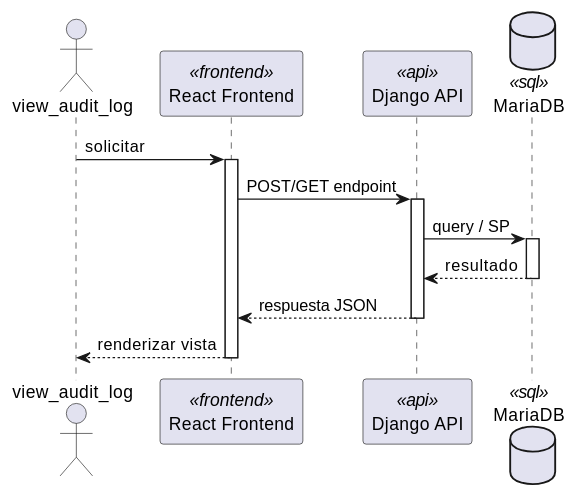
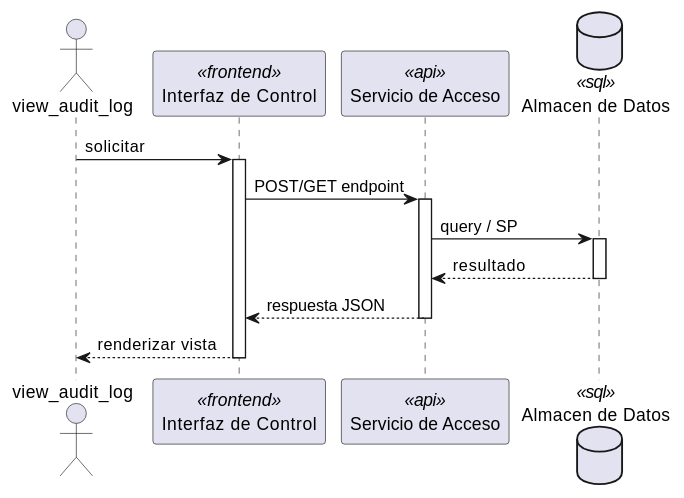
The first of 2 diagrams in source/arquitectura-tecnica/DesignView/acc-09.rst (jcg-admin/IACT-docs), drawn with PlantUML before and after one commit. The commit also changed other lines of this file and 243 other files, not shown here.

First line of the commit message:
Add missing diagrams and fix participant names across Kruchten views

```diff
--- a/source/arquitectura-tecnica/DesignView/acc-09.rst
+++ b/source/arquitectura-tecnica/DesignView/acc-09.rst
@@ -22,28 +22,28 @@
 .. uml::
  :caption: UC_ACC_09 — Design View (secuencia)
 
  @startuml
 
  actor "view_audit_log" as view_audit_log
- participant "React Frontend" as Frontend <<frontend>>
- participant "Django API" as APIServer <<api>>
- database "MariaDB" as BaseDatos <<sql>>
+ participant "Interfaz de Control" as Iface <<frontend>>
+ participant "Servicio de Acceso" as SvcNode <<api>>
+ database "Almacen de Datos" as Store <<sql>>
 
- view_audit_log -> Frontend : solicitar
- activate Frontend
+ view_audit_log -> Iface : solicitar
+ activate Iface
 
- Frontend -> APIServer : POST/GET endpoint
- activate APIServer
+ Iface -> SvcNode : POST/GET endpoint
+ activate SvcNode
 
- APIServer -> BaseDatos : query / SP
- activate BaseDatos
- BaseDatos --> APIServer : resultado
- deactivate BaseDatos
+ SvcNode -> Store : query / SP
+ activate Store
+ Store --> SvcNode : resultado
+ deactivate Store
 
- APIServer --> Frontend : respuesta JSON
- deactivate APIServer
+ SvcNode --> Iface : respuesta JSON
+ deactivate SvcNode
 
- Frontend --> view_audit_log : renderizar vista
- deactivate Frontend
+ Iface --> view_audit_log : renderizar vista
+ deactivate Iface
 
  @enduml
```
